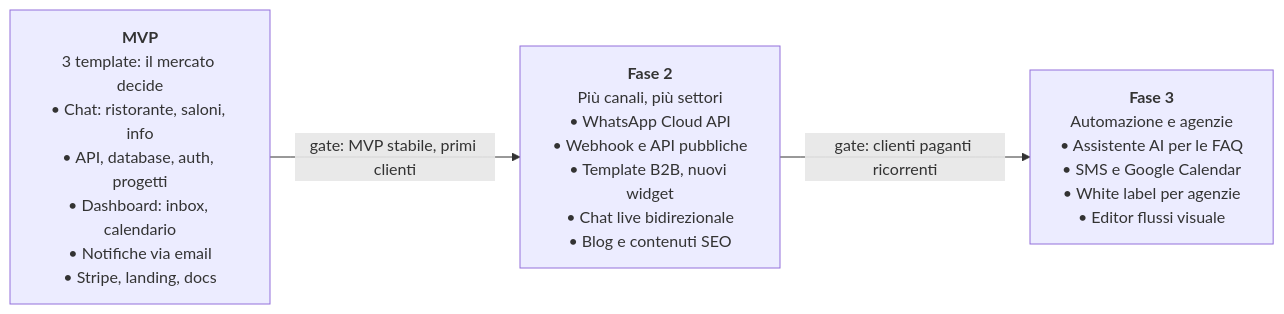
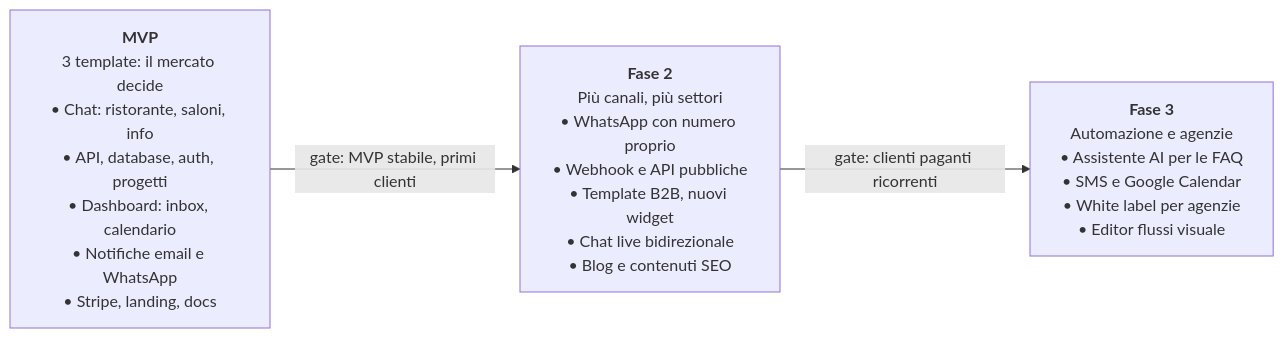
One commit to OscarIuliano/snippo changed the first of 2 diagrams in docs/documentazione-progetto.md. Above: the diagram before and after it, drawn with Mermaid. The commit also changed other lines of this file and 26 other files, not shown here.

First line of the commit message:
feat: notifiche email e WhatsApp con Conferma/Rifiuta

````diff
--- a/docs/documentazione-progetto.md
+++ b/docs/documentazione-progetto.md
@@ -156,8 +156,8 @@
 ```mermaid
 flowchart LR
-    MVP["<b>MVP</b><br/>3 template: il mercato decide<br/>• Chat: ristorante, saloni, info<br/>• API, database, auth, progetti<br/>• Dashboard: inbox, calendario<br/>• Notifiche via email<br/>• Stripe, landing, docs"]
-    F2["<b>Fase 2</b><br/>Più canali, più settori<br/>• WhatsApp Cloud API<br/>• Webhook e API pubbliche<br/>• Template B2B, nuovi widget<br/>• Chat live bidirezionale<br/>• Blog e contenuti SEO"]
+    MVP["<b>MVP</b><br/>3 template: il mercato decide<br/>• Chat: ristorante, saloni, info<br/>• API, database, auth, progetti<br/>• Dashboard: inbox, calendario<br/>• Notifiche email e WhatsApp<br/>• Stripe, landing, docs"]
+    F2["<b>Fase 2</b><br/>Più canali, più settori<br/>• WhatsApp con numero proprio<br/>• Webhook e API pubbliche<br/>• Template B2B, nuovi widget<br/>• Chat live bidirezionale<br/>• Blog e contenuti SEO"]
     F3["<b>Fase 3</b><br/>Automazione e agenzie<br/>• Assistente AI per le FAQ<br/>• SMS e Google Calendar<br/>• White label per agenzie<br/>• Editor flussi visuale"]
     MVP -- "gate: MVP stabile, primi clienti" --> F2
     F2 -- "gate: clienti paganti ricorrenti" --> F3
 ```
````
